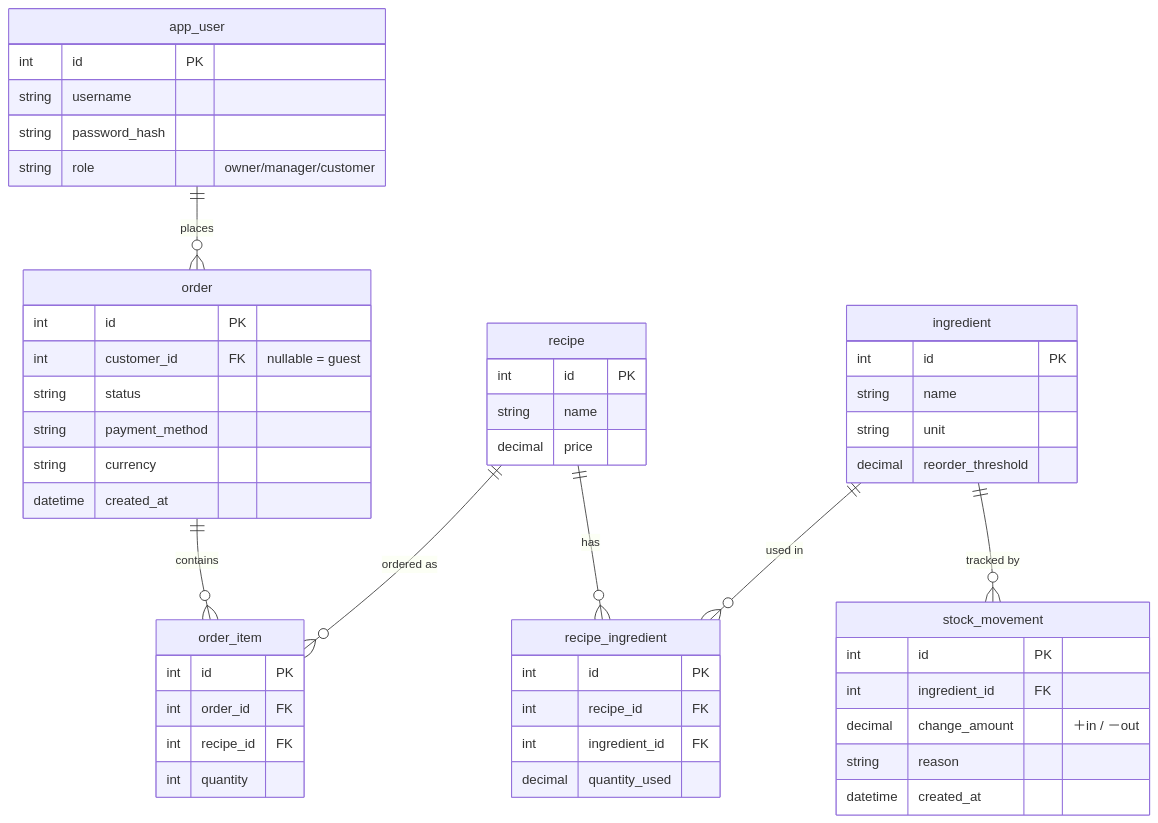
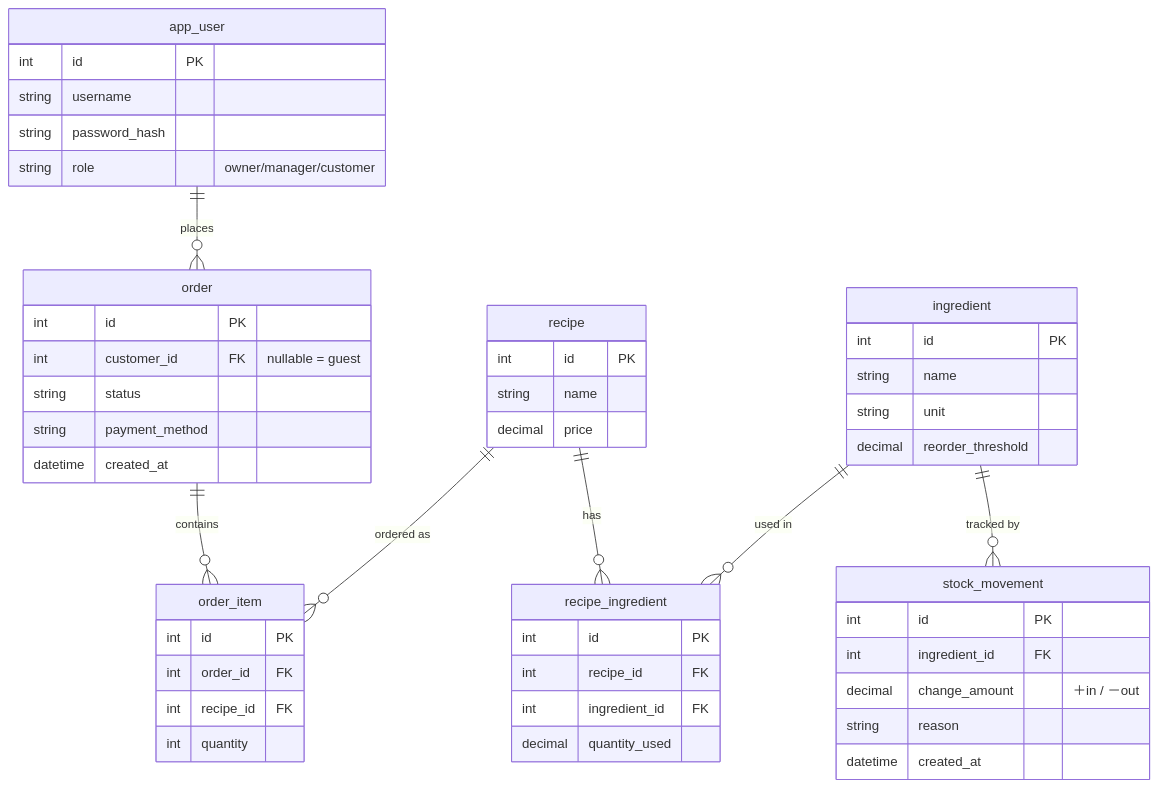
One commit to ljjiaa/bubble-tea-shop changed the diagram in docs/er-diagram.md. Above: the diagram before and after it, drawn with Mermaid.

````diff
--- a/docs/er-diagram.md
+++ b/docs/er-diagram.md
@@ -1,53 +1,52 @@
 ```mermaid
 erDiagram
     ingredient {
         int id PK
         string name
         string unit
         decimal reorder_threshold
     }
     recipe {
         int id PK
         string name
         decimal price
     }
     recipe_ingredient {
         int id PK
         int recipe_id FK
         int ingredient_id FK
         decimal quantity_used
     }
     order {
         int id PK
         int customer_id FK "nullable = guest"
         string status
         string payment_method
-        string currency
         datetime created_at
     }
     order_item {
         int id PK
         int order_id FK
         int recipe_id FK
         int quantity
     }
     stock_movement {
         int id PK
         int ingredient_id FK
         decimal change_amount "＋in / －out"
         string reason
         datetime created_at
     }
     app_user {
         int id PK
         string username
         string password_hash
         string role "owner/manager/customer"
     }
     recipe ||--o{ recipe_ingredient : "has"
     ingredient ||--o{ recipe_ingredient : "used in"
     order ||--o{ order_item : "contains"
     recipe ||--o{ order_item : "ordered as"
     ingredient ||--o{ stock_movement : "tracked by"
     app_user ||--o{ order : "places"
 ```
````
